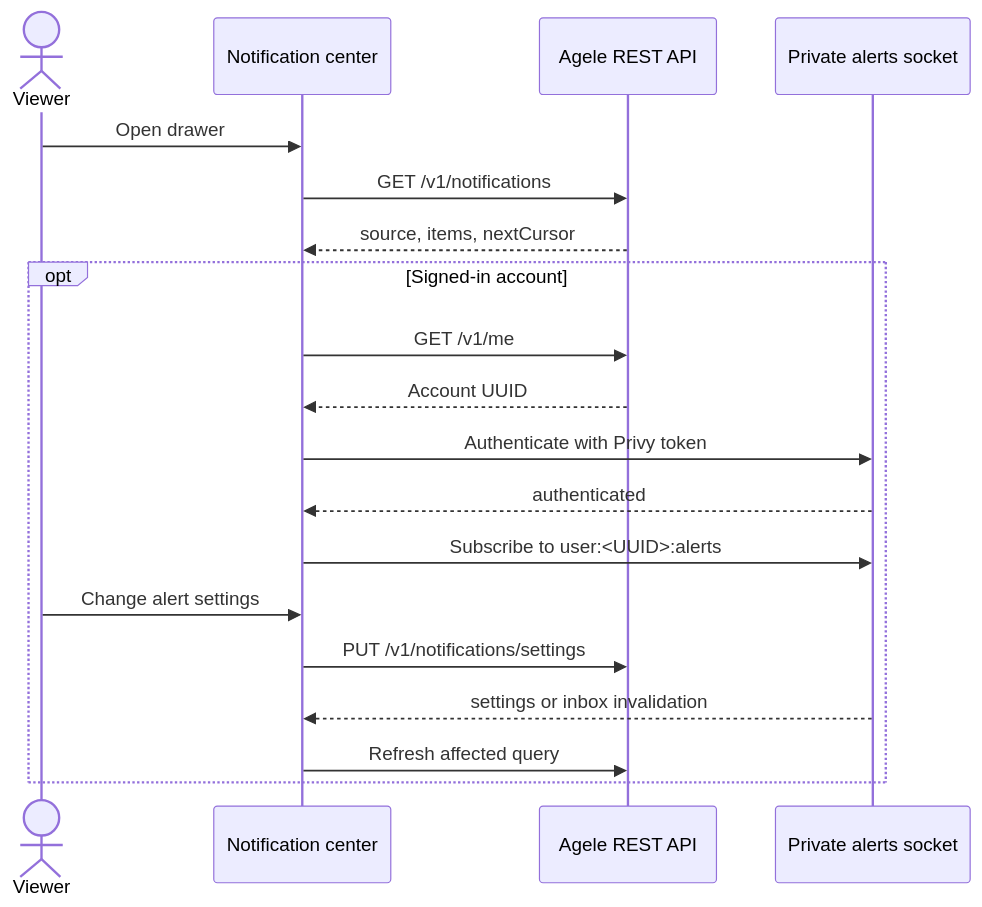
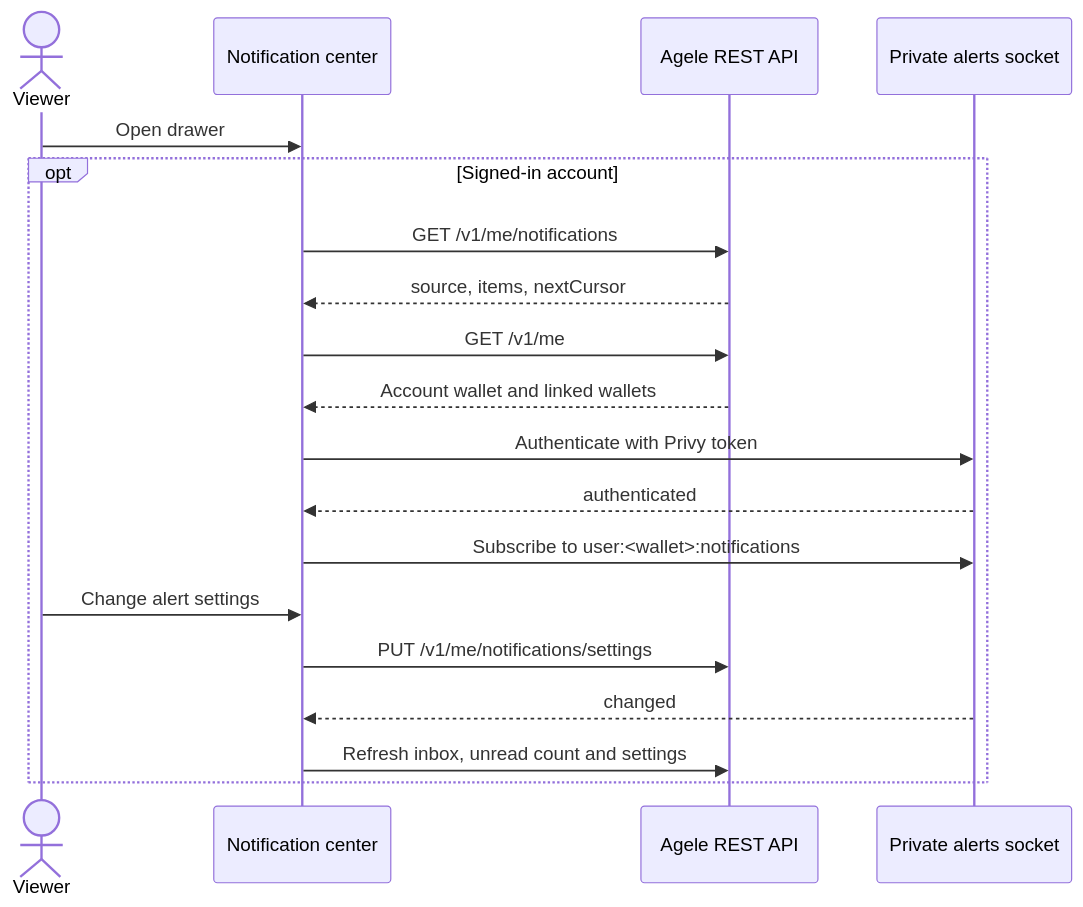
Before and after one commit to jog01/agele-web: the second of 2 diagrams in docs/notifications.md, drawn with Mermaid. The commit also changed other lines of this file and 3 other files, not shown here.

Commit message:
fix(notifications): require sign-in for the seeded inbox

````diff
--- a/docs/notifications.md
+++ b/docs/notifications.md
@@ -48,21 +48,21 @@
 ```mermaid
 sequenceDiagram
   actor Viewer
   participant Web as Notification center
   participant API as Agele REST API
   participant WS as Private alerts socket
   Viewer->>Web: Open drawer
-  Web->>API: GET /v1/notifications
-  API-->>Web: source, items, nextCursor
   opt Signed-in account
+    Web->>API: GET /v1/me/notifications
+    API-->>Web: source, items, nextCursor
     Web->>API: GET /v1/me
-    API-->>Web: Account UUID
+    API-->>Web: Account wallet and linked wallets
     Web->>WS: Authenticate with Privy token
     WS-->>Web: authenticated
-    Web->>WS: Subscribe to user:<UUID>:alerts
+    Web->>WS: Subscribe to user:<wallet>:notifications
     Viewer->>Web: Change alert settings
-    Web->>API: PUT /v1/notifications/settings
-    WS-->>Web: settings or inbox invalidation
-    Web->>API: Refresh affected query
+    Web->>API: PUT /v1/me/notifications/settings
+    WS-->>Web: changed
+    Web->>API: Refresh inbox, unread count and settings
   end
 ```
````
